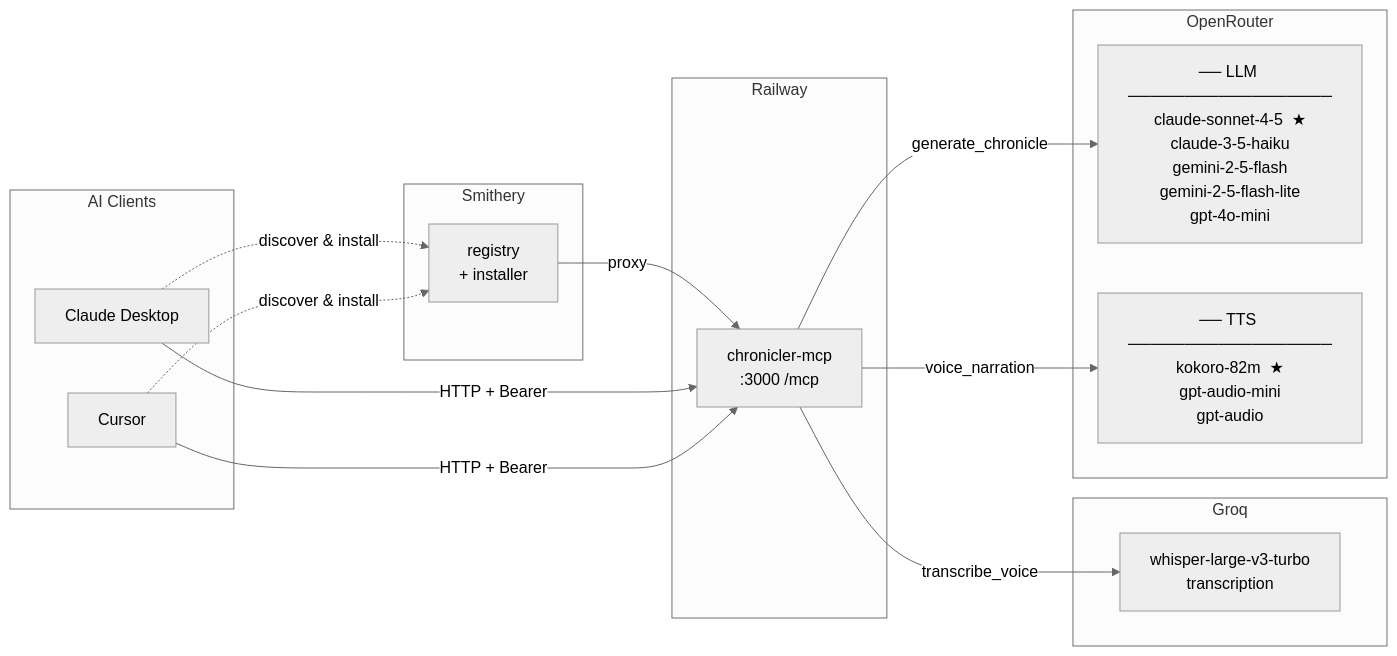
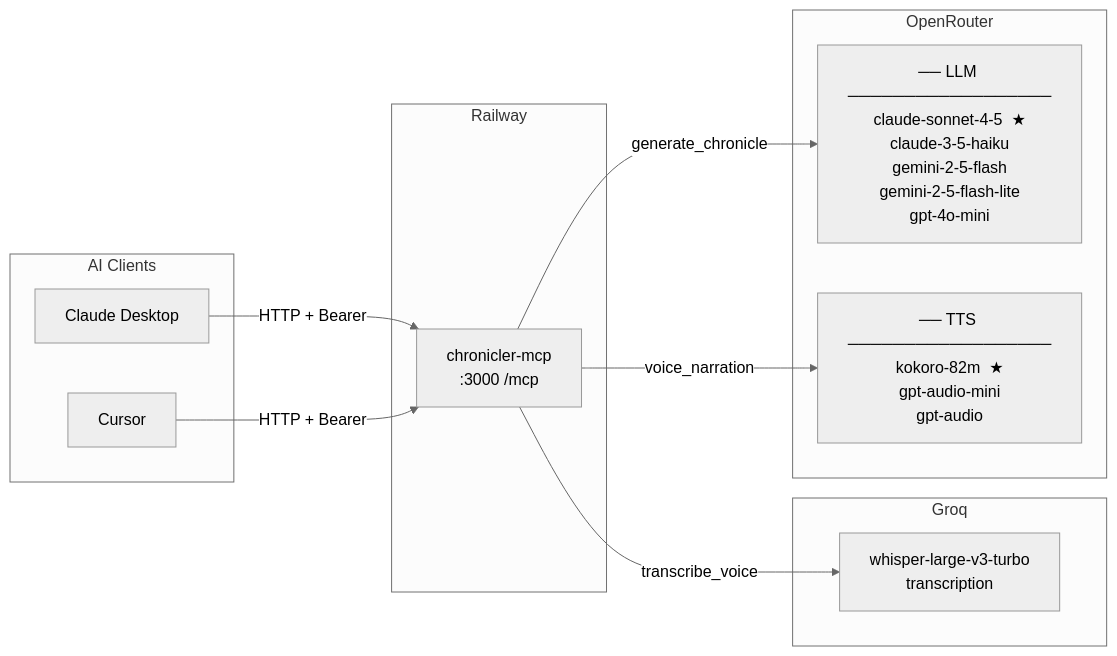
Before and after one commit to brunolazarus/epicChronicler: the first of 2 diagrams in docs/architecture.md, drawn with Mermaid (neutral theme). The commit also changed 5 other files, not shown here.

````diff
--- a/docs/architecture.md
+++ b/docs/architecture.md
@@ -5,33 +5,27 @@
 ```mermaid
 flowchart LR
     subgraph clients["AI Clients"]
         CD["Claude Desktop"]
         CU["Cursor"]
-    end
-
-    subgraph smithery_box["Smithery"]
-        SM["registry\n+ installer"]
     end
 
     subgraph railway_box["Railway"]
         MCP["chronicler-mcp\n:3000  /mcp"]
     end
 
     subgraph groq_box["Groq"]
         WH["whisper-large-v3-turbo\ntranscription"]
     end
 
     subgraph or_box["OpenRouter"]
         LLM["── LLM ──────────────────\nclaude-sonnet-4-5  ★\nclaude-3-5-haiku\ngemini-2-5-flash\ngemini-2-5-flash-lite\ngpt-4o-mini"]
         TTS["── TTS ──────────────────\nkokoro-82m  ★\ngpt-audio-mini\ngpt-audio"]
     end
 
-    CD & CU -.->|"discover & install"| SM
-    SM -->|"proxy"| MCP
     CD -->|"HTTP + Bearer"| MCP
     CU -->|"HTTP + Bearer"| MCP
 
     MCP -->|"transcribe_voice"| WH
     MCP -->|"generate_chronicle"| LLM
     MCP -->|"voice_narration"| TTS
 ```
````
